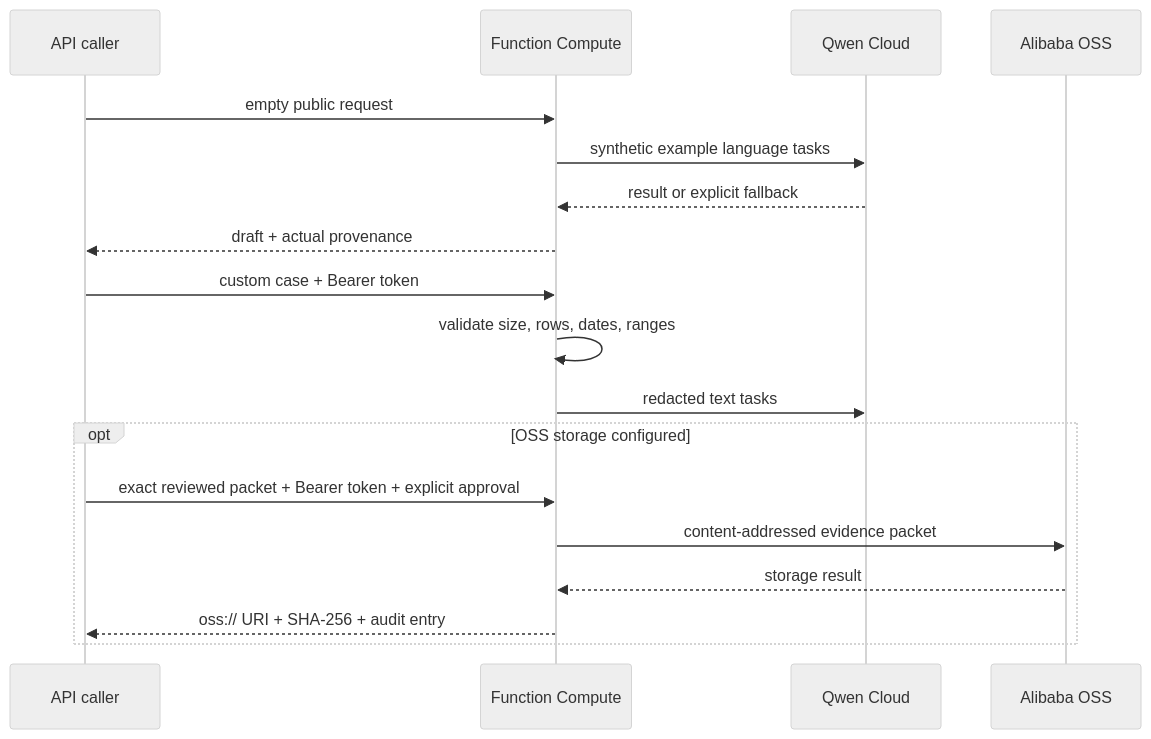
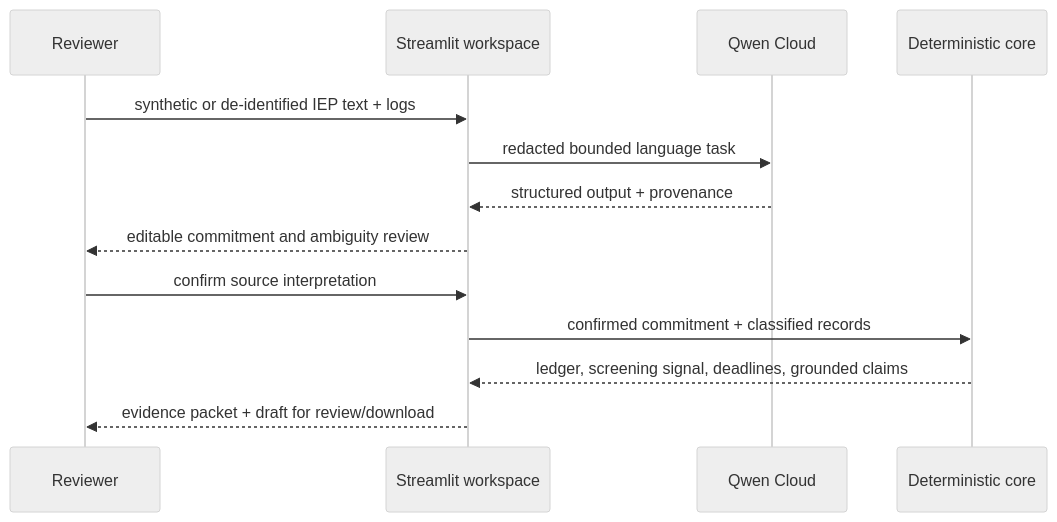
One commit to ankitlade12/due-process-iep-agent changed the second of 2 diagrams in docs/architecture.md. Above: the diagram before and after it, drawn with Mermaid (neutral theme). The commit also changed other lines of this file and 31 other files, not shown here.

````diff
--- a/docs/architecture.md
+++ b/docs/architecture.md
@@ -40,20 +35,16 @@
 ```mermaid
 sequenceDiagram
-    participant C as API caller
-    participant F as Function Compute
+    participant U as Reviewer
+    participant S as Streamlit workspace
     participant Q as Qwen Cloud
-    participant O as Alibaba OSS
-    C->>F: empty public request
-    F->>Q: synthetic example language tasks
-    Q-->>F: result or explicit fallback
-    F-->>C: draft + actual provenance
-    C->>F: custom case + Bearer token
-    F->>F: validate size, rows, dates, ranges
-    F->>Q: redacted text tasks
-    opt OSS storage configured
-        C->>F: exact reviewed packet + Bearer token + explicit approval
-        F->>O: content-addressed evidence packet
-        O-->>F: storage result
-        F-->>C: oss:// URI + SHA-256 + audit entry
-    end
+    participant D as Deterministic core
+
+    U->>S: synthetic or de-identified IEP text + logs
+    S->>Q: redacted bounded language task
+    Q-->>S: structured output + provenance
+    S-->>U: editable commitment and ambiguity review
+    U->>S: confirm source interpretation
+    S->>D: confirmed commitment + classified records
+    D-->>S: ledger, screening signal, deadlines, grounded claims
+    S-->>U: evidence packet + draft for review/download
 ```
````
